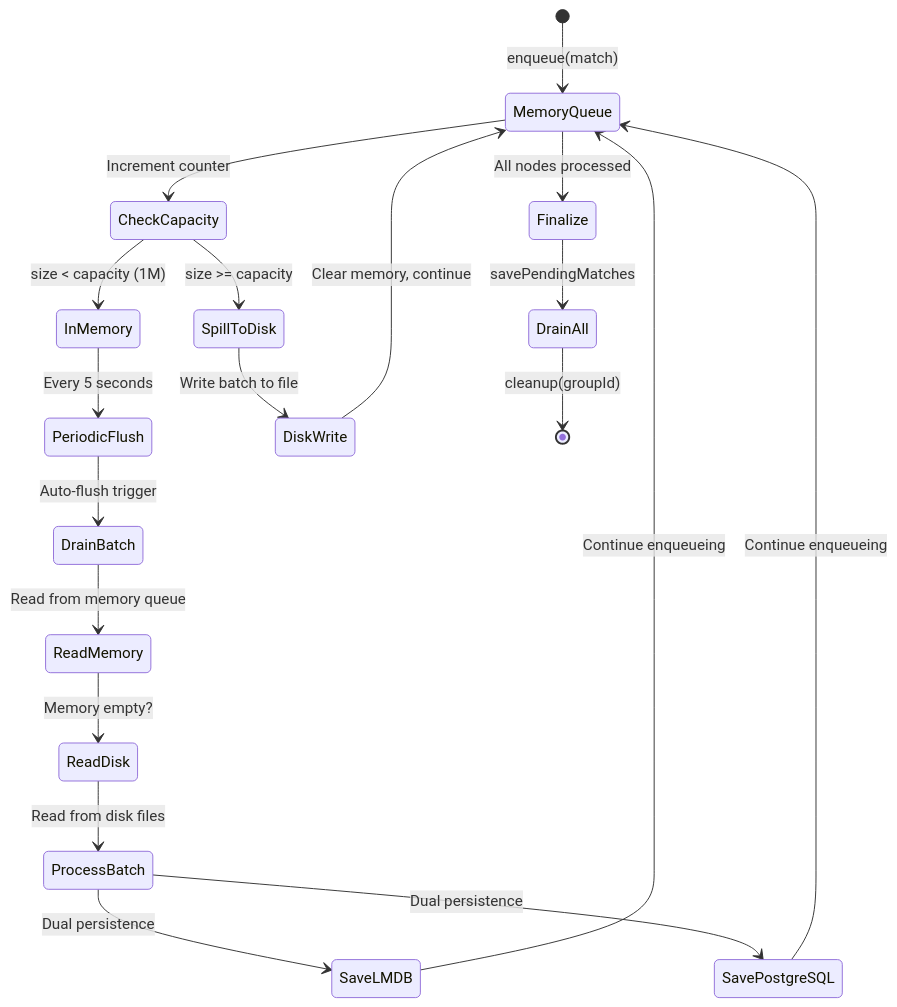
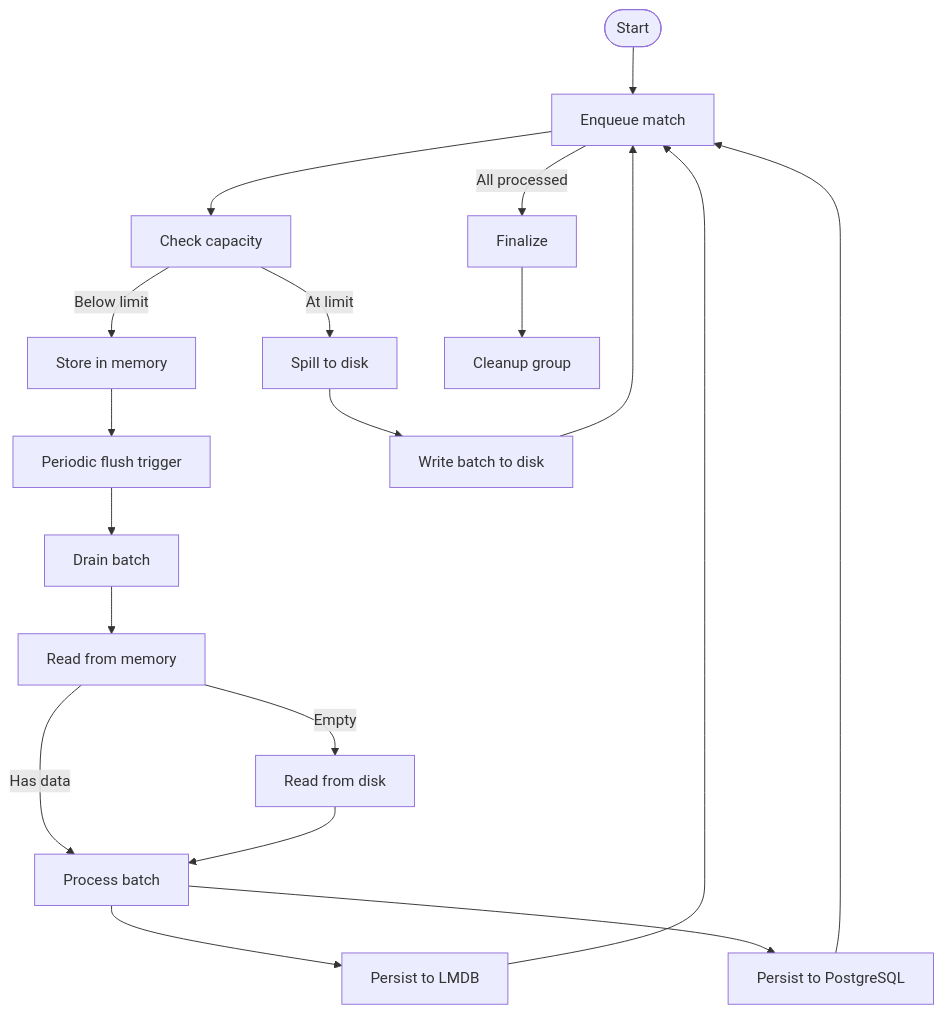
Diagram 25 of 33 in docs/Low Level Designs/ScheduledPotentialMatchesCreation.md (kagit00/schedule_x), drawn with Mermaid before and after one commit. The commit also changed other lines of this file, not shown here.

````diff
--- a/docs/Low Level Designs/ScheduledPotentialMatchesCreation.md
+++ b/docs/Low Level Designs/ScheduledPotentialMatchesCreation.md
@@ -1305,30 +1300,30 @@
 ```mermaid
-stateDiagram-v2
-    [*] --> MemoryQueue: enqueue(match)
-    
-    MemoryQueue --> CheckCapacity: Increment counter
-    
-    CheckCapacity --> InMemory: size < capacity (1M)
-    CheckCapacity --> SpillToDisk: size >= capacity
-    
-    InMemory --> PeriodicFlush: Every 5 seconds
-    
-    SpillToDisk --> DiskWrite: Write batch to file
-    DiskWrite --> MemoryQueue: Clear memory, continue
-    
-    PeriodicFlush --> DrainBatch: Auto-flush trigger
-    
-    DrainBatch --> ReadMemory: Read from memory queue
-    ReadMemory --> ReadDisk: Memory empty?
-    ReadDisk --> ProcessBatch: Read from disk files
-    
-    ProcessBatch --> SaveLMDB: Dual persistence
-    ProcessBatch --> SavePostgreSQL: Dual persistence
-    
-    SaveLMDB --> MemoryQueue: Continue enqueueing
-    SavePostgreSQL --> MemoryQueue: Continue enqueueing
-    
-    MemoryQueue --> Finalize: All nodes processed
-    Finalize --> DrainAll: savePendingMatches
-    DrainAll --> [*]: cleanup(groupId)
+flowchart TD
+    Start([Start]) --> Enqueue[Enqueue match]
+
+    Enqueue --> CheckCapacity[Check capacity]
+
+    CheckCapacity -->|Below limit| InMemory[Store in memory]
+    CheckCapacity -->|At limit| SpillToDisk[Spill to disk]
+
+    InMemory --> PeriodicFlush[Periodic flush trigger]
+    SpillToDisk --> DiskWrite[Write batch to disk]
+    DiskWrite --> Enqueue
+
+    PeriodicFlush --> DrainBatch[Drain batch]
+    DrainBatch --> ReadMemory[Read from memory]
+
+    ReadMemory -->|Empty| ReadDisk[Read from disk]
+    ReadMemory -->|Has data| ProcessBatch[Process batch]
+    ReadDisk --> ProcessBatch
+
+    ProcessBatch --> SaveLMDB[Persist to LMDB]
+    ProcessBatch --> SavePostgres[Persist to PostgreSQL]
+
+    SaveLMDB --> Enqueue
+    SavePostgres --> Enqueue
+
+    Enqueue -->|All processed| Finalize[Finalize]
+    Finalize --> Cleanup[Cleanup group]
+
 ```
````
